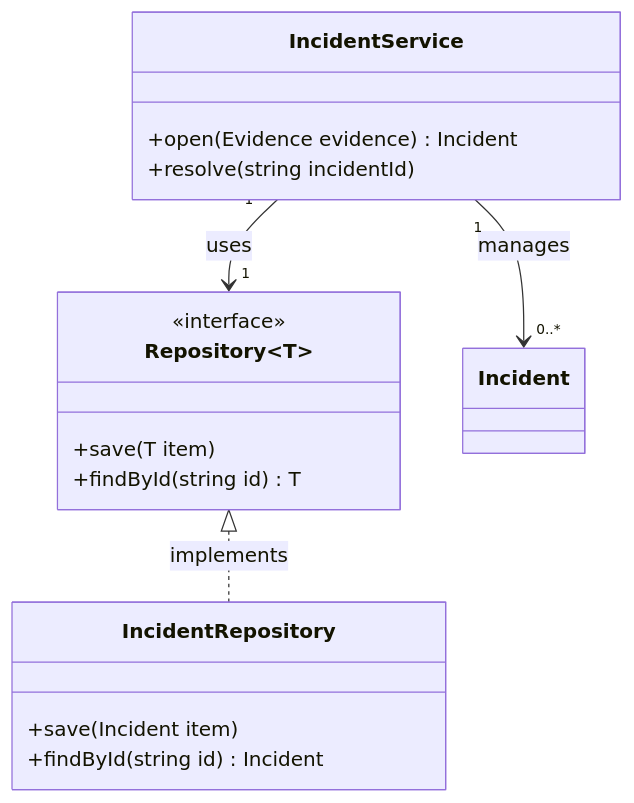
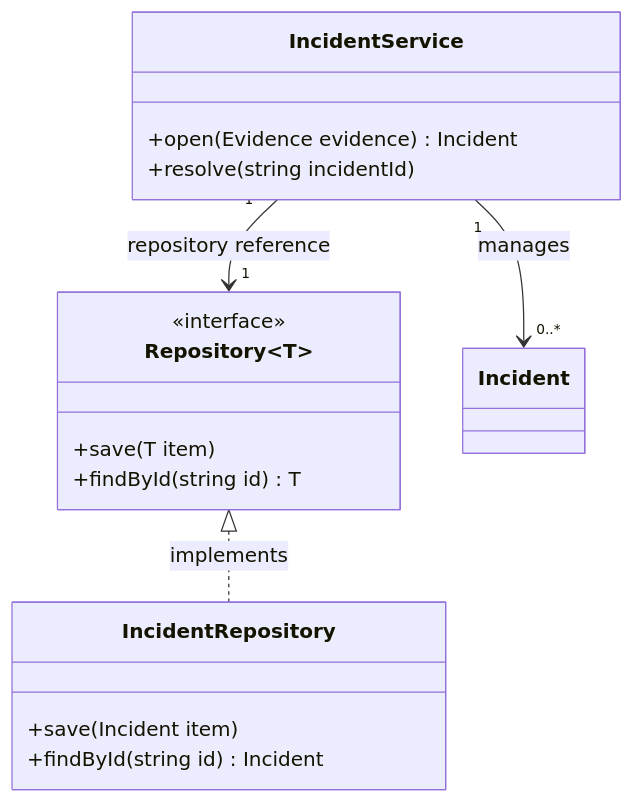
One commit to mols3131d/mols-agent-assets changed the second of 4 diagrams in src/rulesync/.rulesync/skills/mols-mermaid-diagram/references/examples/class-diagram.md. Above: the diagram before and after it, drawn with Mermaid. The commit also changed other lines of this file, not shown here.

Commit message:
docs(mermaid): align class relation labels with semantics

````diff
--- a/src/rulesync/.rulesync/skills/mols-mermaid-diagram/references/examples/class-diagram.md
+++ b/src/rulesync/.rulesync/skills/mols-mermaid-diagram/references/examples/class-diagram.md
@@ -67,24 +67,24 @@
 ```mermaid
 classDiagram
     class IncidentService {
         +open(Evidence evidence) Incident
         +resolve(string incidentId)
     }
 
     class Repository~T~ {
         <<interface>>
         +save(T item)
         +findById(string id) T
     }
 
     class IncidentRepository {
         +save(Incident item)
         +findById(string id) Incident
     }
 
     class Incident
 
     Repository <|.. IncidentRepository : implements
-    IncidentService "1" --> "1" Repository : uses
+    IncidentService "1" --> "1" Repository : repository reference
     IncidentService "1" --> "0..*" Incident : manages
 ```
````
